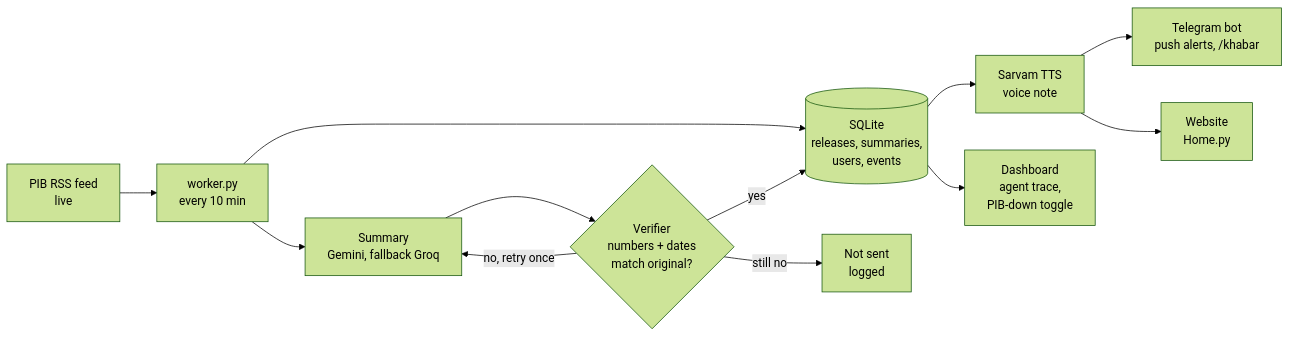
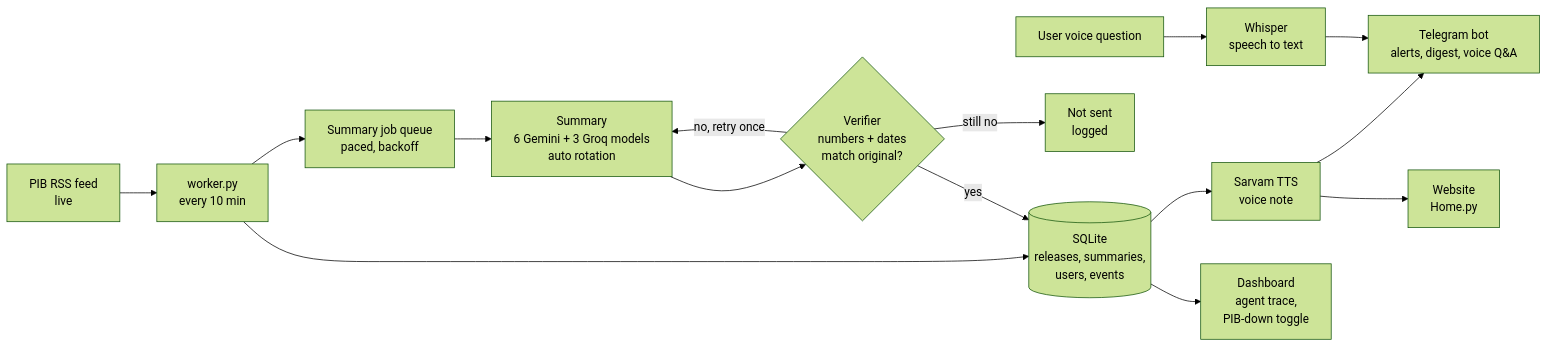
Before and after one commit to Anshu2607-iiitr/Bharat_brief: the diagram in README.md, drawn with Mermaid (forest theme). The commit also changed other lines of this file, not shown here.

Commit message:
README: add live prototype links (Telegram bot + website), update features

````diff
--- a/README.md
+++ b/README.md
@@ -29,14 +44,16 @@
 ```mermaid
 flowchart LR
     PIB[PIB RSS feed<br/>live] --> W[worker.py<br/>every 10 min]
     W --> DB[(SQLite<br/>releases, summaries,<br/>users, events)]
-    W --> S[Summary<br/>Gemini, fallback Groq]
+    W --> Q[Summary job queue<br/>paced, backoff]
+    Q --> S[Summary<br/>6 Gemini + 3 Groq models<br/>auto rotation]
     S --> V{Verifier<br/>numbers + dates<br/>match original?}
     V -- no, retry once --> S
     V -- still no --> X[Not sent<br/>logged]
     V -- yes --> DB
     DB --> T[Sarvam TTS<br/>voice note]
-    T --> B[Telegram bot<br/>push alerts, /khabar]
+    T --> B[Telegram bot<br/>alerts, digest, voice Q&A]
+    U[User voice question] --> WH[Whisper<br/>speech to text] --> B
     T --> H[Website<br/>Home.py]
     DB --> D[Dashboard<br/>agent trace,<br/>PIB-down toggle]
 ```
````
